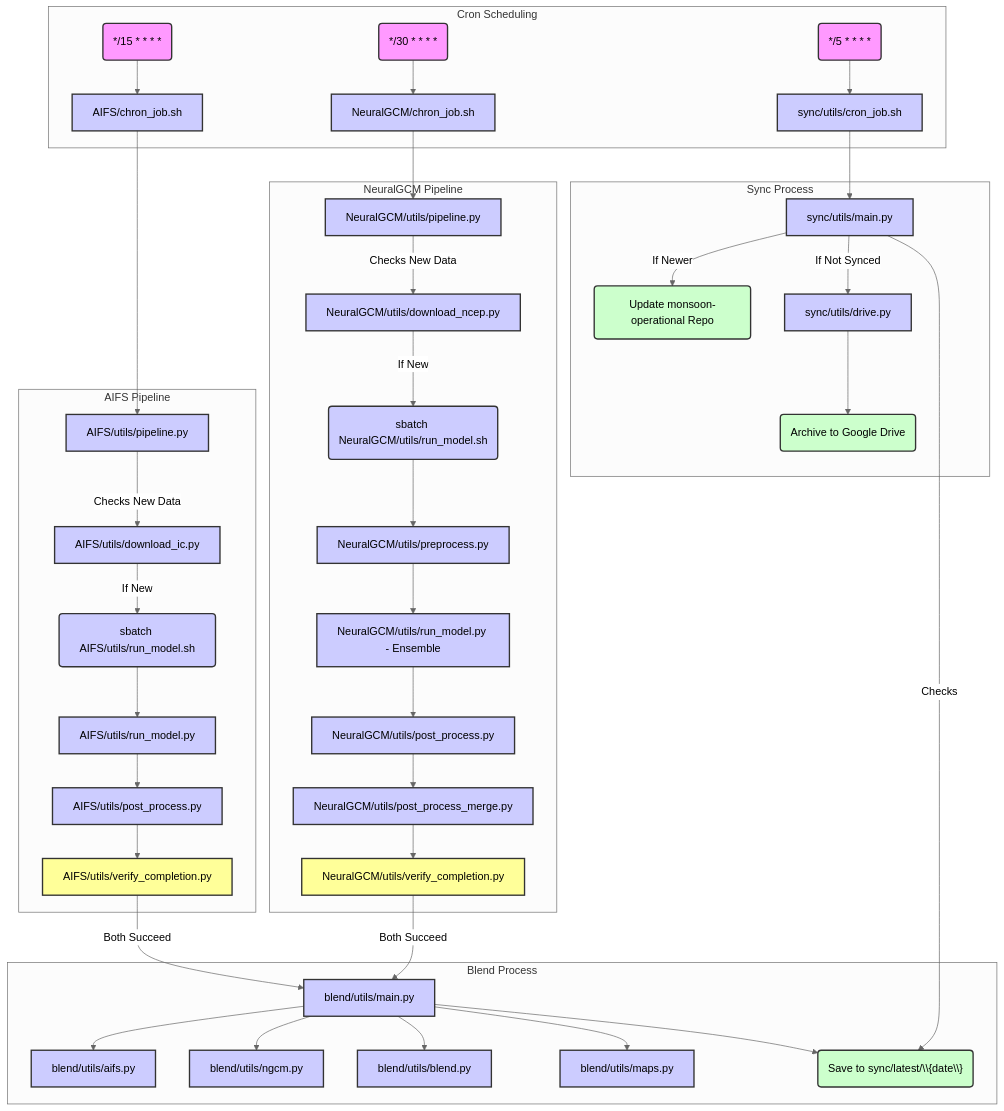
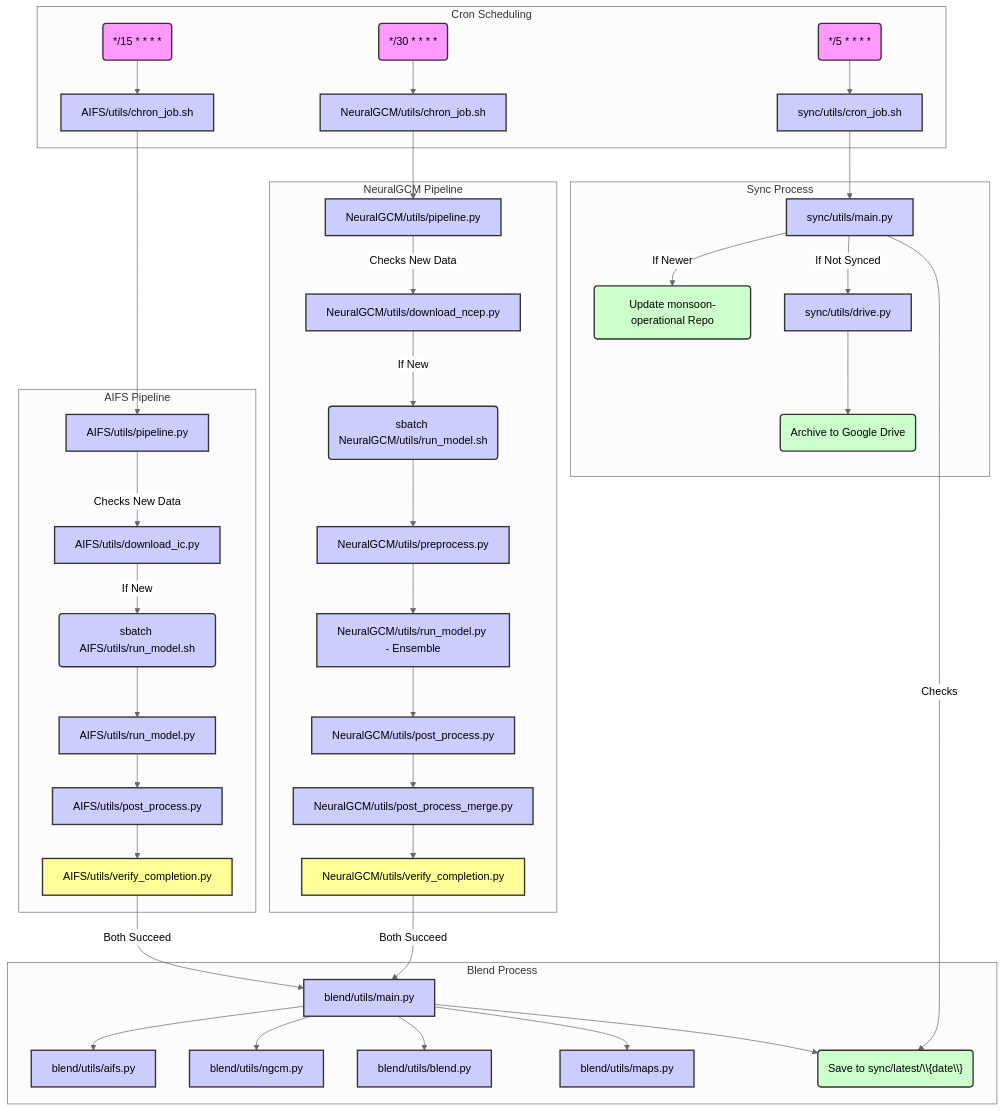
Before and after one commit to envfluids/monsoon-onset: the diagram in README.md, drawn with Mermaid (neutral theme). The commit also changed other lines of this file, not shown here.

````diff
--- a/README.md
+++ b/README.md
@@ -24,58 +24,58 @@
 ```mermaid
 graph TD
     subgraph Cron Scheduling
-        CronAIFS(*/15 * * * *) --> AIFS_cron[AIFS/chron_job.sh]
-        CronNGCM(*/30 * * * *) --> NGCM_cron[NeuralGCM/chron_job.sh]
+        CronAIFS(*/15 * * * *) --> AIFS_cron[AIFS/utils/chron_job.sh]
+        CronNGCM(*/30 * * * *) --> NGCM_cron[NeuralGCM/utils/chron_job.sh]
         CronSync(*/5 * * * *) --> Sync_cron[sync/utils/cron_job.sh]
     end
 
     subgraph AIFS Pipeline
         AIFS_cron --> AIFS_pipeline[AIFS/utils/pipeline.py]
         AIFS_pipeline -- Checks New Data --> AIFS_download[AIFS/utils/download_ic.py]
         AIFS_download -- If New --> AIFS_sbatch(sbatch AIFS/utils/run_model.sh)
         AIFS_sbatch --> AIFS_run[AIFS/utils/run_model.py]
         AIFS_run --> AIFS_post[AIFS/utils/post_process.py]
         AIFS_post --> Verify1[AIFS/utils/verify_completion.py]
     end
 
     subgraph NeuralGCM Pipeline
         NGCM_cron --> NGCM_pipeline[NeuralGCM/utils/pipeline.py]
         NGCM_pipeline -- Checks New Data --> NGCM_download[NeuralGCM/utils/download_ncep.py]
         NGCM_download -- If New --> NGCM_sbatch(sbatch NeuralGCM/utils/run_model.sh)
         NGCM_sbatch --> NGCM_pre[NeuralGCM/utils/preprocess.py]
         NGCM_pre --> NGCM_run[NeuralGCM/utils/run_model.py - Ensemble]
         NGCM_run --> NGCM_post[NeuralGCM/utils/post_process.py]
         NGCM_post --> NGCM_merge[NeuralGCM/utils/post_process_merge.py]
         NGCM_merge --> Verify2[NeuralGCM/utils/verify_completion.py]
     end
 
      subgraph Blend Process
         Verify1 -- Both Succeed --> Blend_main[blend/utils/main.py]
         Verify2 -- Both Succeed --> Blend_main
         Blend_main --> Blend_proc_aifs[blend/utils/aifs.py]
         Blend_main --> Blend_proc_ngcm[blend/utils/ngcm.py]
         Blend_main --> Blend_blend[blend/utils/blend.py]
         Blend_main --> Blend_maps[blend/utils/maps.py]
         Blend_main --> Blend_output("Save to sync/latest/\\{date\\}")
      end
 
     subgraph Sync Process
         Sync_cron --> Sync_main[sync/utils/main.py]
         Sync_main -- Checks --> Blend_output
         Sync_main -- If Newer --> Update_Live_Repo(Update monsoon-operational Repo)
         Sync_main -- If Not Synced --> Sync_drive[sync/utils/drive.py]
         Sync_drive --> Archive_Drive(Archive to Google Drive)
     end
 
  classDef cron fill:#f9f,stroke:#333,stroke-width:2px;
  classDef script fill:#ccf,stroke:#333,stroke-width:2px;
  classDef data fill:#cfc,stroke:#333,stroke-width:2px;
  classDef process fill:#ff9,stroke:#333,stroke-width:2px;
 
  class CronAIFS,CronNGCM,CronSync cron;
  class AIFS_cron,NGCM_cron,Sync_cron,AIFS_sbatch,NGCM_sbatch,AIFS_run,AIFS_post,Verify1,NGCM_pre,NGCM_run,NGCM_post,NGCM_merge,Verify2,Blend_main,Blend_proc_aifs,Blend_proc_ngcm,Blend_blend,Blend_maps,Sync_main,Sync_drive script;
  class AIFS_pipeline,NGCM_pipeline script;
  class AIFS_download,NGCM_download script;
  class Blend_output,Archive_Drive,Update_Live_Repo data;
  class Verify1,Verify2 process;
 ```
````
